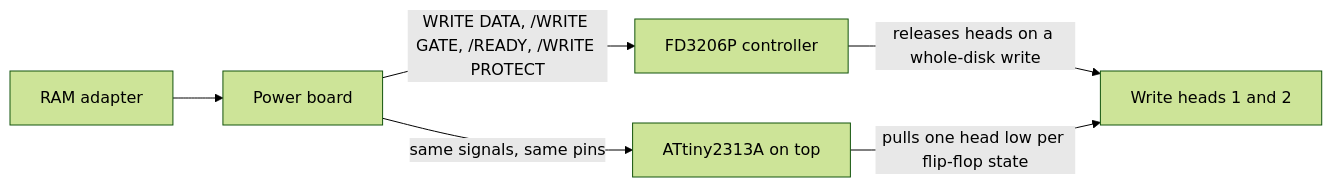
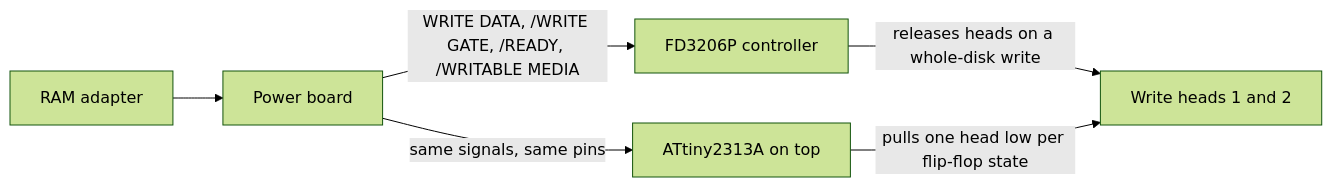
One commit to gufranco/fd3206-write-unlock changed the diagram in README.md. Above: the diagram before and after it, drawn with Mermaid (forest theme). The commit also changed other lines of this file and 12 other files, not shown here.

````diff
--- a/README.md
+++ b/README.md
@@ -109,8 +109,8 @@
 ```mermaid
 graph LR
     RAM[RAM adapter] --> PWR[Power board]
-    PWR -->|WRITE DATA, /WRITE GATE, /READY, /WRITE PROTECT| FD[FD3206P controller]
+    PWR -->|WRITE DATA, /WRITE GATE, /READY, /WRITABLE MEDIA| FD[FD3206P controller]
     PWR -->|same signals, same pins| AT[ATtiny2313A on top]
     FD -->|releases heads on a whole-disk write| HEADS[Write heads 1 and 2]
     AT -->|pulls one head low per flip-flop state| HEADS
 ```
````
